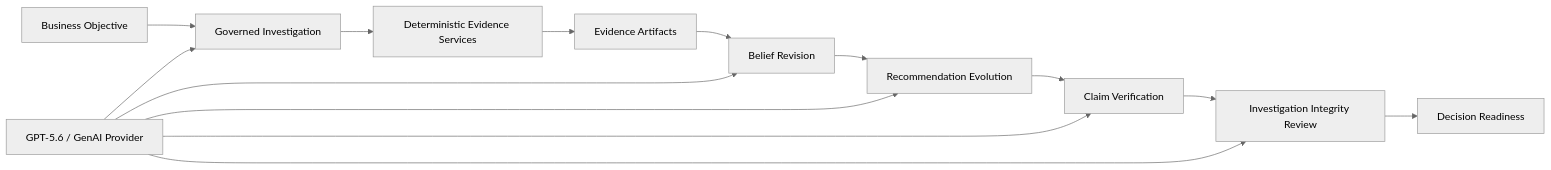
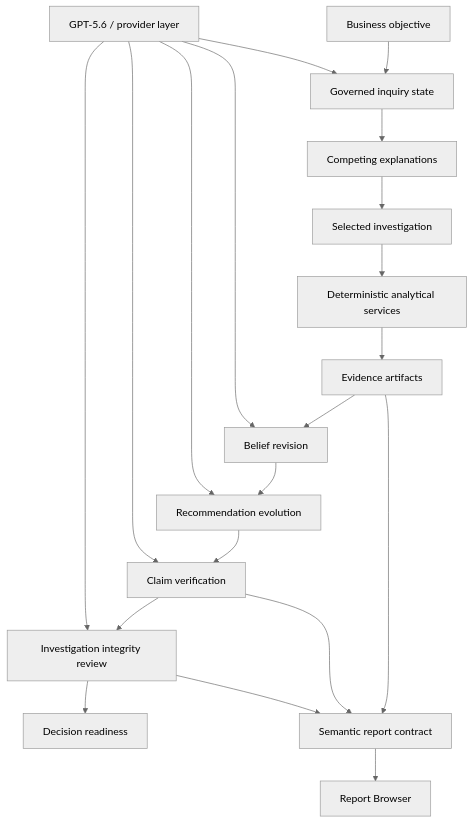
Before and after one commit to AdrianAntico/AnalyticsShinyApp: the diagram in README.md, drawn with Mermaid (neutral theme). The commit also changed other lines of this file and 33 other files, not shown here.

````diff
--- a/README.md
+++ b/README.md
@@ -48,16 +149,24 @@
 ```mermaid
-flowchart LR
-    Q["Business Objective"] --> I["Governed Investigation"]
-    I --> E["Deterministic Evidence Services"]
-    E --> A["Evidence Artifacts"]
-    A --> B["Belief Revision"]
-    B --> R["Recommendation Evolution"]
-    R --> C["Claim Verification"]
-    C --> S["Investigation Integrity Review"]
-    S --> D["Decision Readiness"]
-    G["GPT-5.6 / GenAI Provider"] --> I
-    G --> B
-    G --> R
-    G --> C
-    G --> S
+flowchart TD
+    Objective["Business objective"] --> Inquiry["Governed inquiry state"]
+    Inquiry --> Explanations["Competing explanations"]
+    Explanations --> Plan["Selected investigation"]
+    Plan --> Services["Deterministic analytical services"]
+    Services --> Evidence["Evidence artifacts"]
+    Evidence --> Beliefs["Belief revision"]
+    Beliefs --> Recommendations["Recommendation evolution"]
+    Recommendations --> Claims["Claim verification"]
+    Claims --> Integrity["Investigation integrity review"]
+    Integrity --> Readiness["Decision readiness"]
+
+    GenAI["GPT-5.6 / provider layer"] --> Inquiry
+    GenAI --> Beliefs
+    GenAI --> Recommendations
+    GenAI --> Claims
+    GenAI --> Integrity
+
+    Evidence --> ReportContract["Semantic report contract"]
+    Claims --> ReportContract
+    Integrity --> ReportContract
+    ReportContract --> Browser["Report Browser"]
 ```
````
